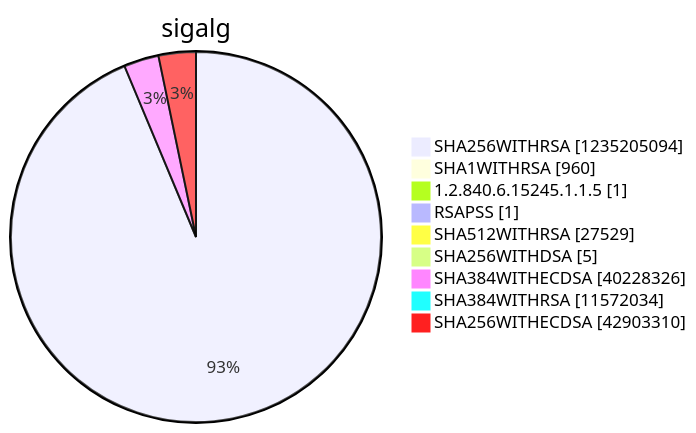
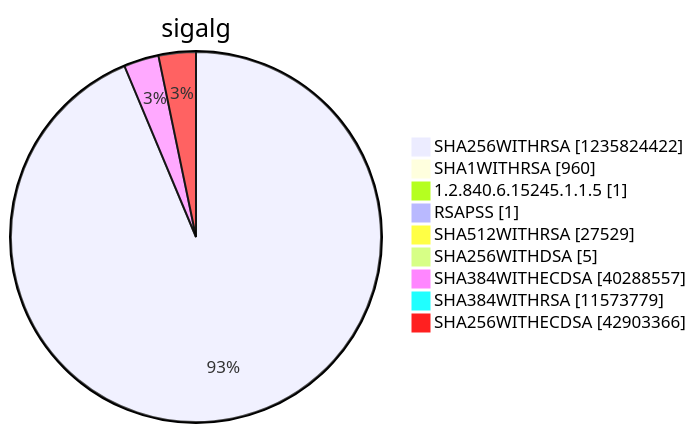
Before and after one commit to christiankrug/ctmonitor_visualization: diagram 15 of 15 in argon2022/README.md, drawn with Mermaid. The commit also changed other lines of this file, not shown here.

````diff
--- a/argon2022/README.md
+++ b/argon2022/README.md
@@ -5522,13 +5522,13 @@
 ```mermaid
 pie showData
 title sigalg
-"SHA256WITHRSA" :1235205094
+"SHA256WITHRSA" :1235824422
 "SHA1WITHRSA" :960
 "1.2.840.6.15245.1.1.5" :1
 "RSAPSS" :1
 "SHA512WITHRSA" :27529
 "SHA256WITHDSA" :5
-"SHA384WITHECDSA" :40228326
-"SHA384WITHRSA" :11572034
-"SHA256WITHECDSA" :42903310
+"SHA384WITHECDSA" :40288557
+"SHA384WITHRSA" :11573779
+"SHA256WITHECDSA" :42903366
 ```
````
